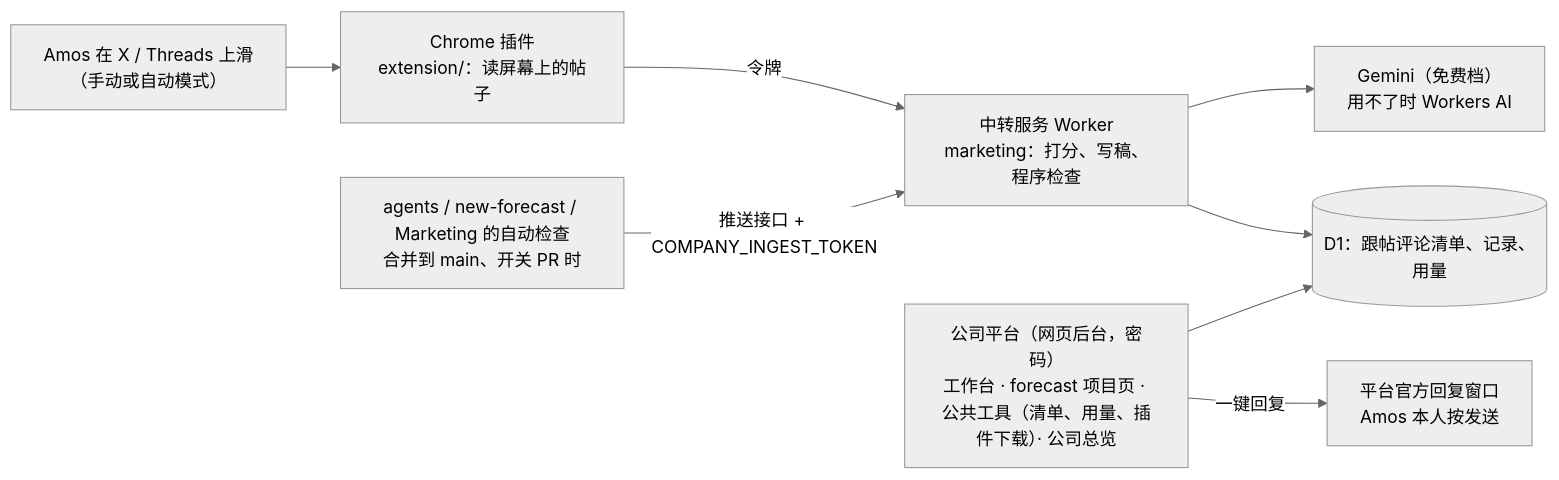
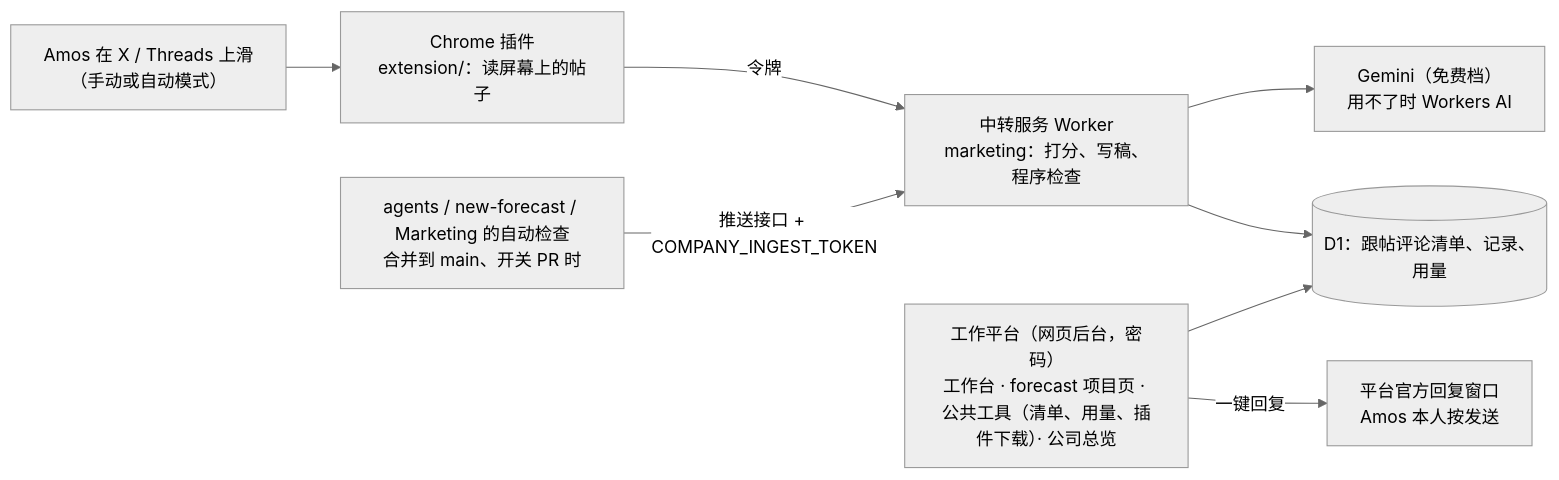
Before and after one commit to dollar3651314/Marketing: the diagram in 项目地图.md, drawn with Mermaid (neutral theme). The commit also changed other lines of this file and 1 other file, not shown here.

First line of the commit message:
工作平台 Webhook：按批 3 复审改（🔴R1b 🟡R2 🟢），让 9179070 的测试变绿

````diff
--- a/项目地图.md
+++ b/项目地图.md
@@ -10,10 +10,10 @@
 ```mermaid
 flowchart LR
     A["Amos 在 X / Threads 上滑<br/>（手动或自动模式）"] --> P["Chrome 插件<br/>extension/：读屏幕上的帖子"]
     P -->|"令牌"| R["中转服务 Worker<br/>marketing：打分、写稿、程序检查"]
     R --> G["Gemini（免费档）<br/>用不了时 Workers AI"]
     R --> D[("D1：跟帖评论清单、记录、用量")]
-    B["公司平台（网页后台，密码）<br/>工作台 · forecast 项目页 · 公共工具（清单、用量、插件下载）· 公司总览"] --> D
+    B["工作平台（网页后台，密码）<br/>工作台 · forecast 项目页 · 公共工具（清单、用量、插件下载）· 公司总览"] --> D
     B -->|"一键回复"| O["平台官方回复窗口<br/>Amos 本人按发送"]
     C["agents / new-forecast / Marketing 的自动检查<br/>合并到 main、开关 PR 时"] -->|"推送接口 + COMPANY_INGEST_TOKEN"| R
 ```
````
